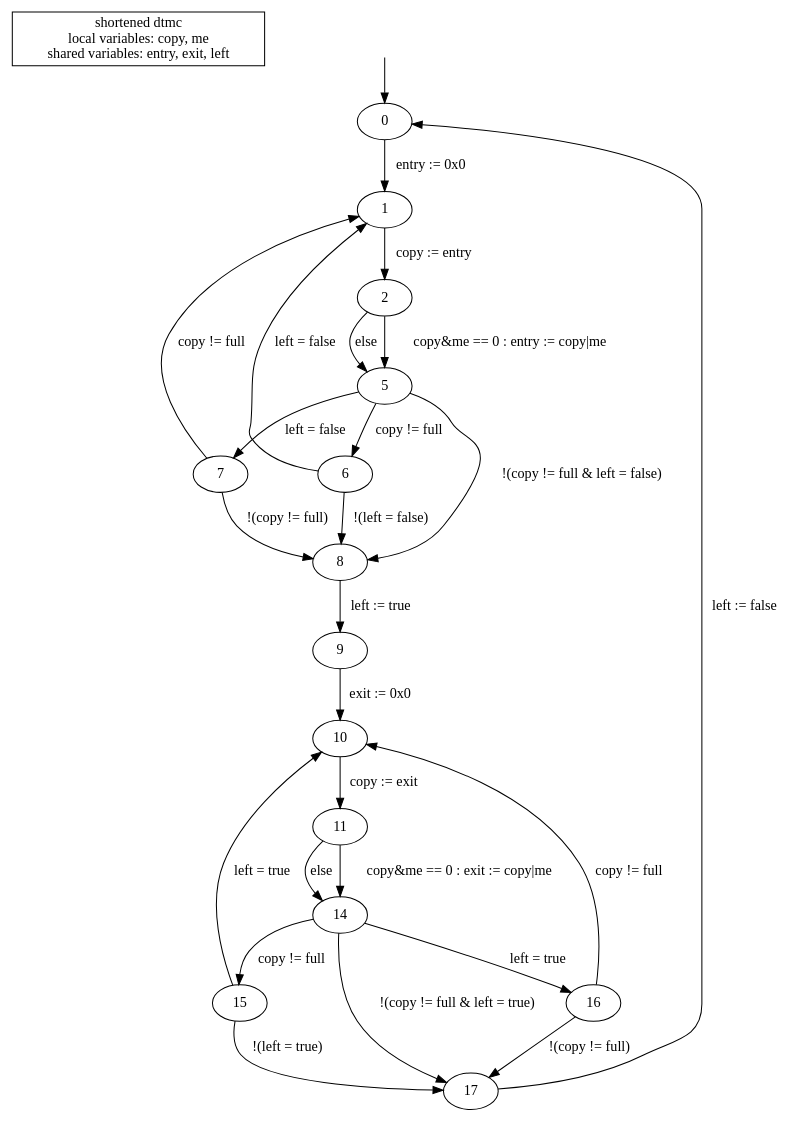
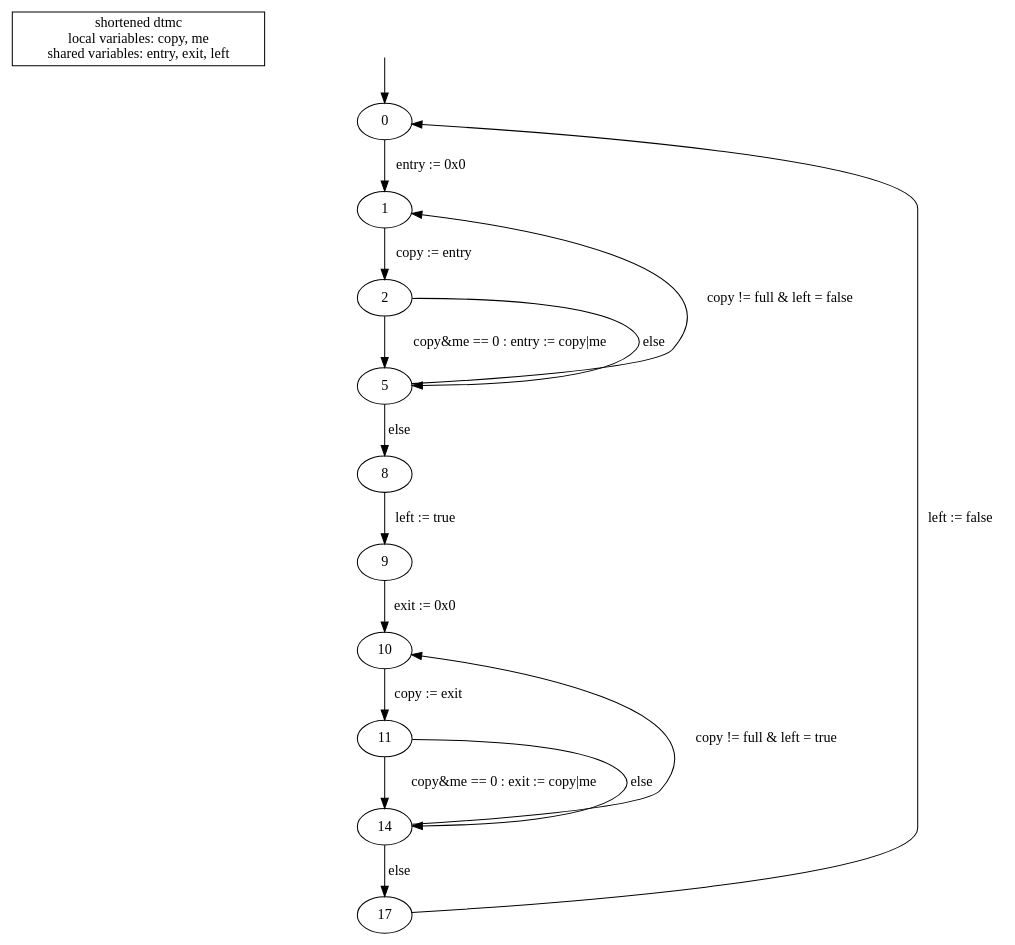
The diagram in barrier-attempt/model-prism-ctmc/model-shortened-dtmc.dot (hydroo/minor-thesis-barriers), drawn with Graphviz before and after one commit. The commit also changed 1 other file, not shown here.

```diff
--- a/barrier-attempt/model-prism-ctmc/model-shortened-dtmc.dot
+++ b/barrier-attempt/model-prism-ctmc/model-shortened-dtmc.dot
@@ -1,38 +1,28 @@
 digraph {
 
 	"shortened dtmc\nlocal variables: copy, me\nshared variables: entry, exit, left" [nojustify=true, shape=box]
 	
 	initial_state_source [style=invis]
 	initial_state_source -> "0"
 
 	"0"  -> "1"  [weight=10, label="entry := 0x0"]
 	"1"  -> "2"  [weight=10, label="copy := entry"]
 
 	"2"  -> "5"  [weight=10, label="copy&me == 0 : entry := copy|me"]
 	"2"  -> "5"  [label="else"]
 
-	"5"  -> "6"  [label="copy != full"]
-	"5"  -> "7"  [label="left = false"]
-	"5"  -> "8"  [label="!(copy != full & left = false)"]
-	"6"  -> "1"  [label="left = false"]
-	"6"  -> "8"  [label="!(left = false)"]
-	"7"  -> "1"  [label="copy != full"]
-	"7"  -> "8"  [label="!(copy != full)"]
+	"5"  -> "1"  [label="copy != full & left = false"]
+	"5"  -> "8"  [weight=10, label="else"]
 
 	"8"  -> "9"  [weight=10, label="left := true"]
 	"9"  -> "10" [weight=10, label="exit := 0x0"]
 
 	"10" -> "11" [weight=10, label="copy := exit"]
 	"11" -> "14" [weight=10, label="copy&me == 0 : exit := copy|me"]
 	"11" -> "14" [label="else"]
 
-	"14" -> "15" [label="copy != full"]
-	"14" -> "16" [label="left = true"]
-	"14" -> "17" [label="!(copy != full & left = true)"]
-	"15" -> "10" [label="left = true"]
-	"15" -> "17" [label="!(left = true)"]
-	"16" -> "10" [label="copy != full"]
-	"16" -> "17" [label="!(copy != full)"]
+	"14" -> "10" [label="copy != full & left = true"]
+	"14" -> "17" [weight=10, label="else"]
 
 	"17" -> "0"  [label="left := false"]
 }
```
